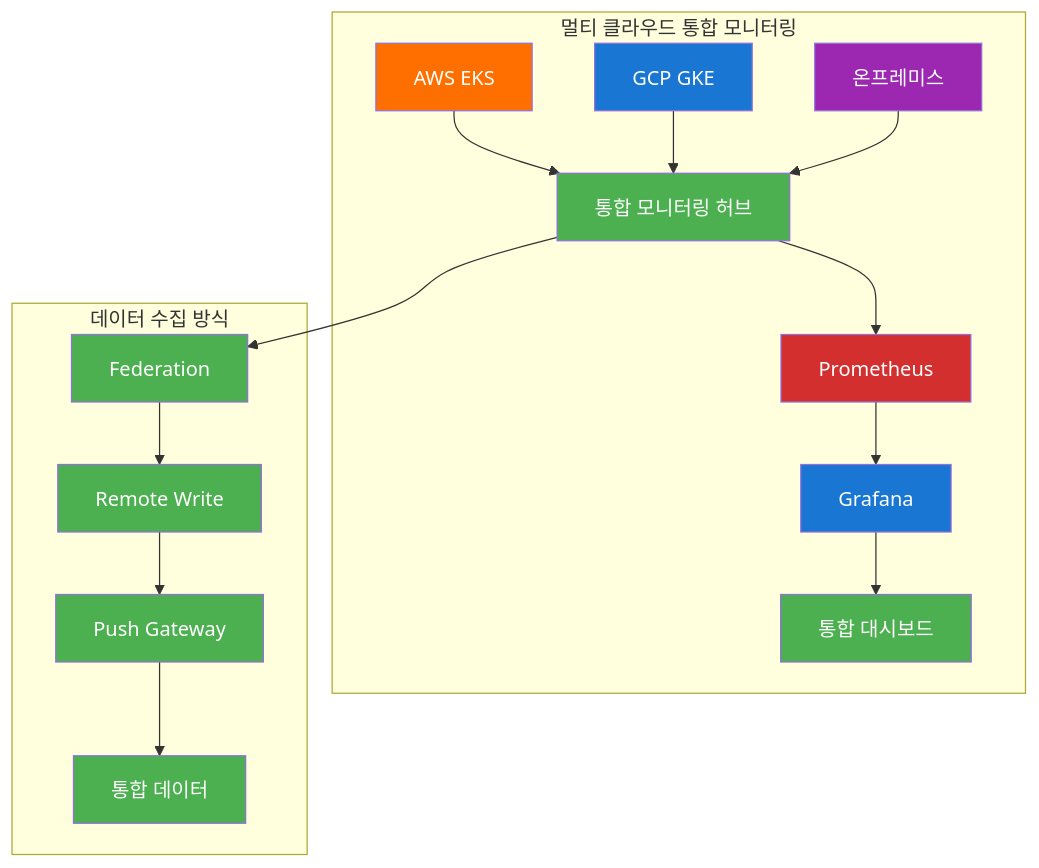
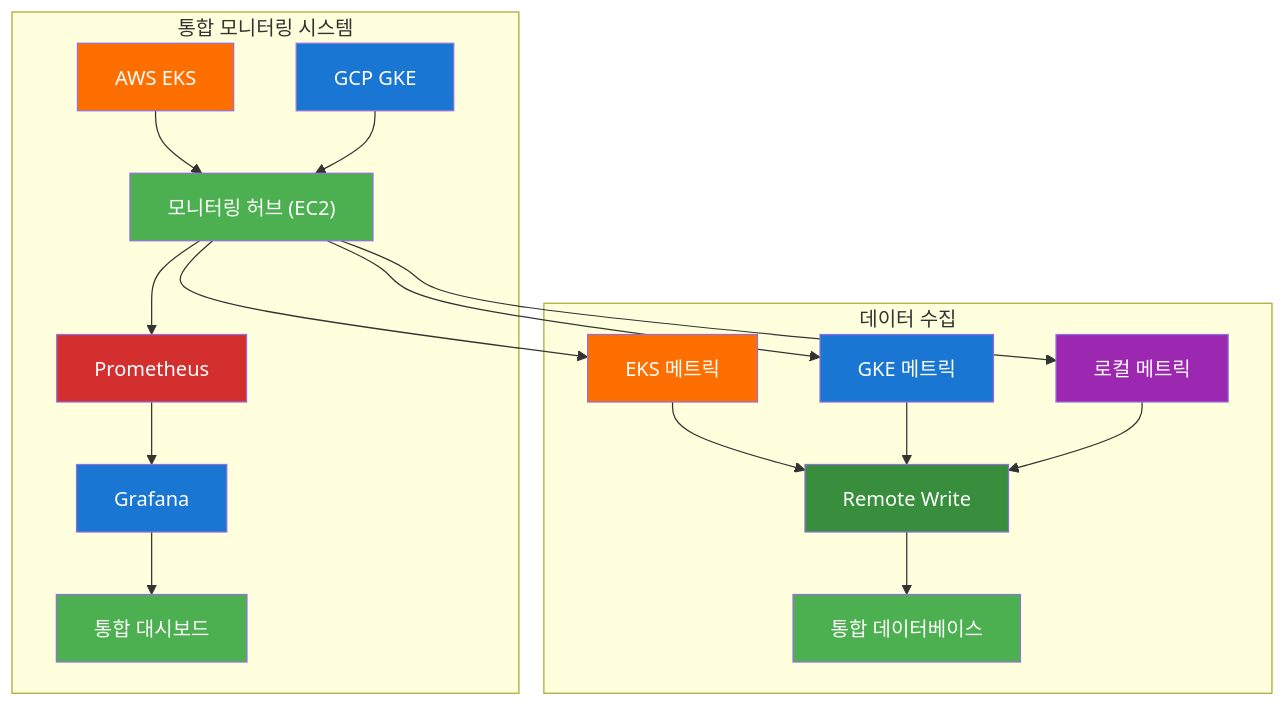
One commit to jungfrau70/mcp_cloud changed the ninth of 9 diagrams in mcp_knowledge_base/cloud_intermediate/lectures/day2/Day2_통합강의안_오후.md. Above: the diagram before and after it, drawn with Mermaid. The commit also changed other lines of this file, not shown here.

````diff
--- a/mcp_knowledge_base/cloud_intermediate/lectures/day2/Day2_통합강의안_오후.md
+++ b/mcp_knowledge_base/cloud_intermediate/lectures/day2/Day2_통합강의안_오후.md
@@ -698,31 +665,33 @@
 ```mermaid
 flowchart TD
-    subgraph "멀티 클라우드 통합 모니터링"
-        A["AWS EKS"] --> B["통합 모니터링 허브"]
+    subgraph "통합 모니터링 시스템"
+        A["AWS EKS"] --> B["모니터링 허브 (EC2)"]
         C["GCP GKE"] --> B
-        D["온프레미스"] --> B
-        B --> E["Prometheus"]
-        E --> F["Grafana"]
-        F --> G["통합 대시보드"]
+        B --> D["Prometheus"]
+        D --> E["Grafana"]
+        E --> F["통합 대시보드"]
     end
     
-    subgraph "데이터 수집 방식"
-        H["Federation"] --> I["Remote Write"]
-        I --> J["Push Gateway"]
-        J --> K["통합 데이터"]
+    subgraph "데이터 수집"
+        G["EKS 메트릭"] --> H["Remote Write"]
+        I["GKE 메트릭"] --> H
+        J["로컬 메트릭"] --> H
+        H --> K["통합 데이터베이스"]
     end
     
-    B --> H
+    B --> G
+    B --> I
+    B --> J
     
     style A fill:#ff6f00,color:#ffffff
     style B fill:#4caf50,color:#ffffff
     style C fill:#1976d2,color:#ffffff
-    style D fill:#9c27b0,color:#ffffff
-    style E fill:#d32f2f,color:#ffffff
-    style F fill:#1976d2,color:#ffffff
-    style G fill:#4caf50,color:#ffffff
-    style H fill:#4caf50,color:#ffffff
-    style I fill:#4caf50,color:#ffffff
-    style J fill:#4caf50,color:#ffffff
+    style D fill:#d32f2f,color:#ffffff
+    style E fill:#1976d2,color:#ffffff
+    style F fill:#4caf50,color:#ffffff
+    style G fill:#ff6f00,color:#ffffff
+    style H fill:#388e3c,color:#ffffff
+    style I fill:#1976d2,color:#ffffff
+    style J fill:#9c27b0,color:#ffffff
     style K fill:#4caf50,color:#ffffff
 ```
````
